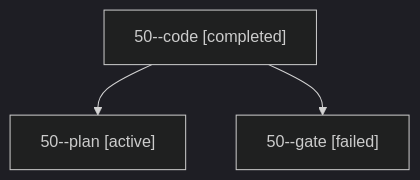
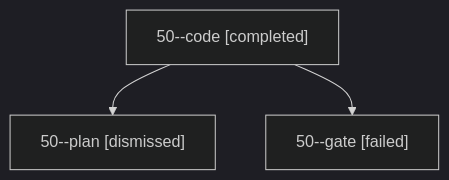
Before and after one commit to sase-org/sase--agents: the diagram in sessions/bbugyi200.apollo.50.md, drawn with Mermaid (dark theme). The commit also changed other lines of this file and 9 other files, not shown here.

````diff
--- a/sessions/bbugyi200.apollo.50.md
+++ b/sessions/bbugyi200.apollo.50.md
@@ -9,8 +9,8 @@
 ```mermaid
 flowchart TD
   n0["50--code [completed]"]
-  n1["50--plan [active]"]
+  n1["50--plan [dismissed]"]
   n0 --> n1
   n2["50--gate [failed]"]
   n0 --> n2
 ```
````
